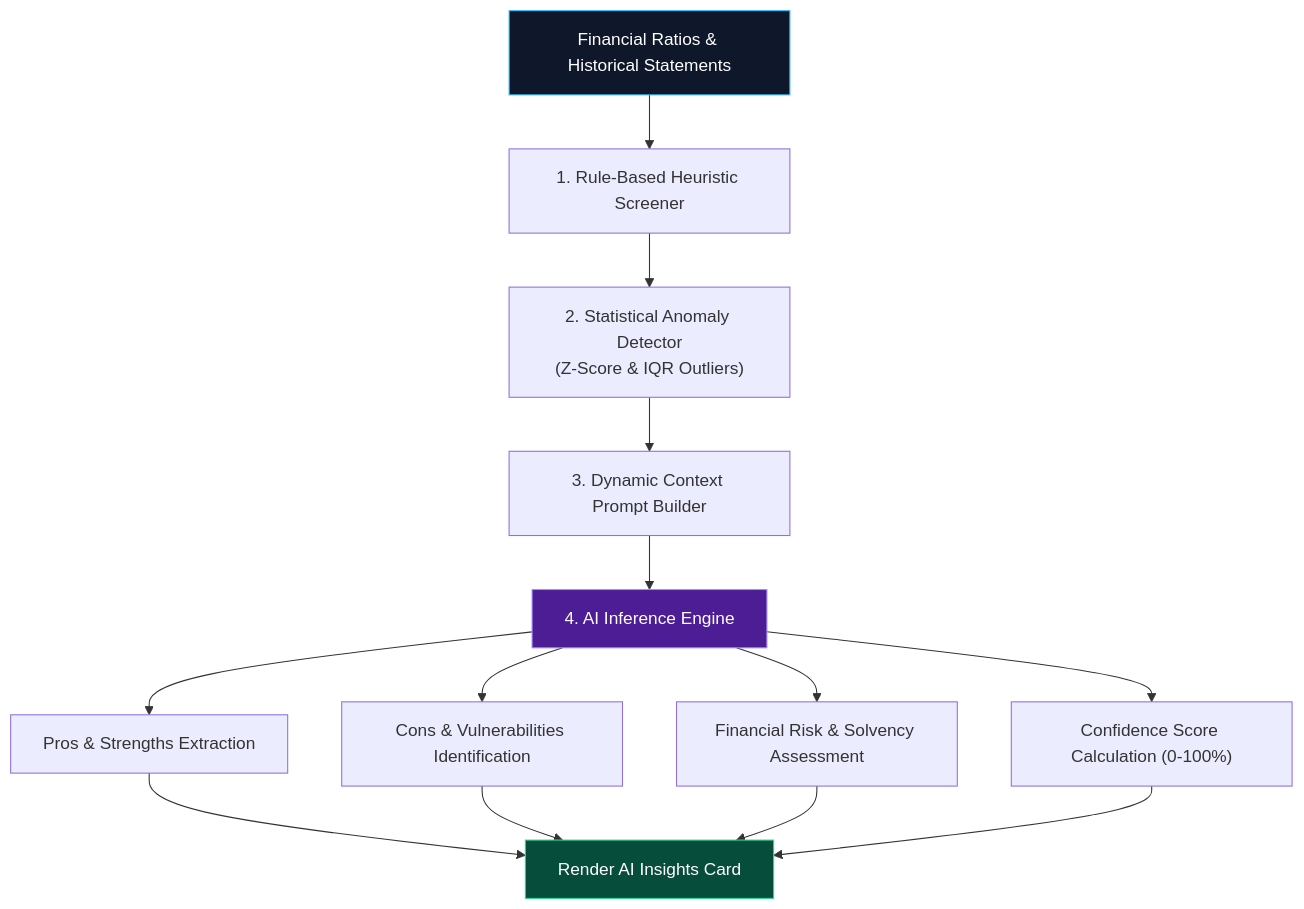
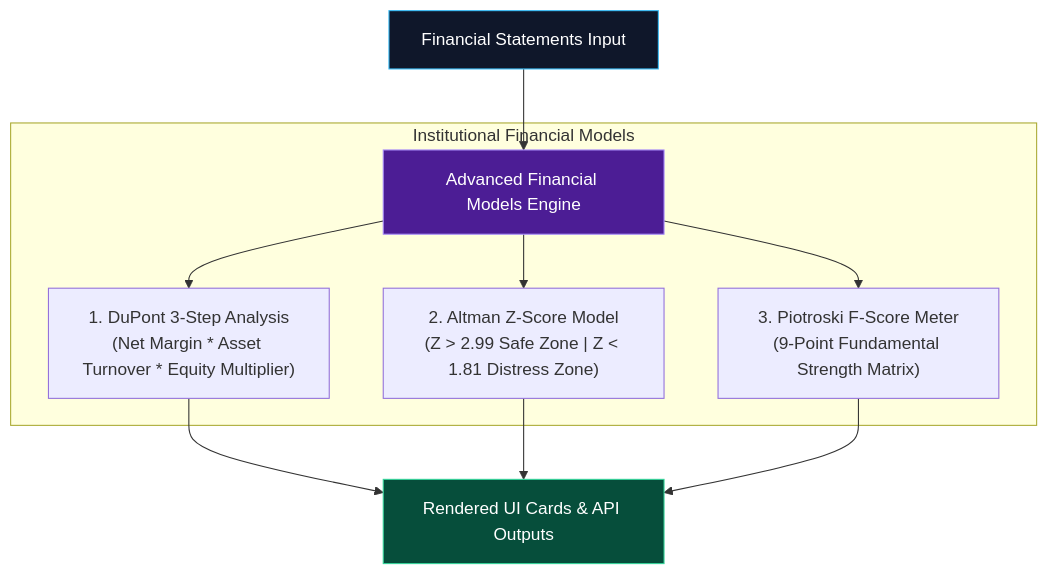
The seventh of 7 diagrams in README.md (MALLAMPOLAIAHGANESH/n100-financial-intelligence-platform), drawn with Mermaid before and after one commit. The commit also changed other lines of this file, not shown here.

Commit message:
docs: update README.md with DuPont, Altman Z, Piotroski models, reports API & peer radar

````diff
--- a/README.md
+++ b/README.md
@@ -657,18 +342,18 @@
 ```mermaid
-flowchart TD
-    DataIn["Financial Ratios & Historical Statements"] --> RulesEngine["1. Rule-Based Heuristic Screener"]
-    RulesEngine --> AnomalyEngine["2. Statistical Anomaly Detector\n(Z-Score & IQR Outliers)"]
-    AnomalyEngine --> LLMPrompt["3. Dynamic Context Prompt Builder"]
-    LLMPrompt --> AIModel["4. AI Inference Engine"]
-    
-    AIModel --> Out1["Pros & Strengths Extraction"]
-    AIModel --> Out2["Cons & Vulnerabilities Identification"]
-    AIModel --> Out3["Financial Risk & Solvency Assessment"]
-    AIModel --> Out4["Confidence Score Calculation (0-100%)"]
+graph TD
+    FS["Financial Statements Input"] --> Models["Advanced Financial Models Engine"]
 
-    Out1 & Out2 & Out3 & Out4 --> UIWidget["Render AI Insights Card"]
+    subgraph Advanced_Models ["Institutional Financial Models"]
+        Models --> DUP["1. DuPont 3-Step Analysis\n(Net Margin * Asset Turnover * Equity Multiplier)"]
+        Models --> ALT["2. Altman Z-Score Model\n(Z > 2.99 Safe Zone | Z < 1.81 Distress Zone)"]
+        Models --> PIO["3. Piotroski F-Score Meter\n(9-Point Fundamental Strength Matrix)"]
+    end
 
-    style DataIn fill:#0f172a,stroke:#38bdf8,color:#fff
-    style AIModel fill:#4c1d95,stroke:#a78bfa,color:#fff
-    style UIWidget fill:#064e3b,stroke:#34d399,color:#fff
+    DUP --> OUT["Rendered UI Cards & API Outputs"]
+    ALT --> OUT
+    PIO --> OUT
+
+    style FS fill:#0f172a,stroke:#38bdf8,color:#fff
+    style Models fill:#4c1d95,stroke:#a78bfa,color:#fff
+    style OUT fill:#064e3b,stroke:#34d399,color:#fff
 ```
````
